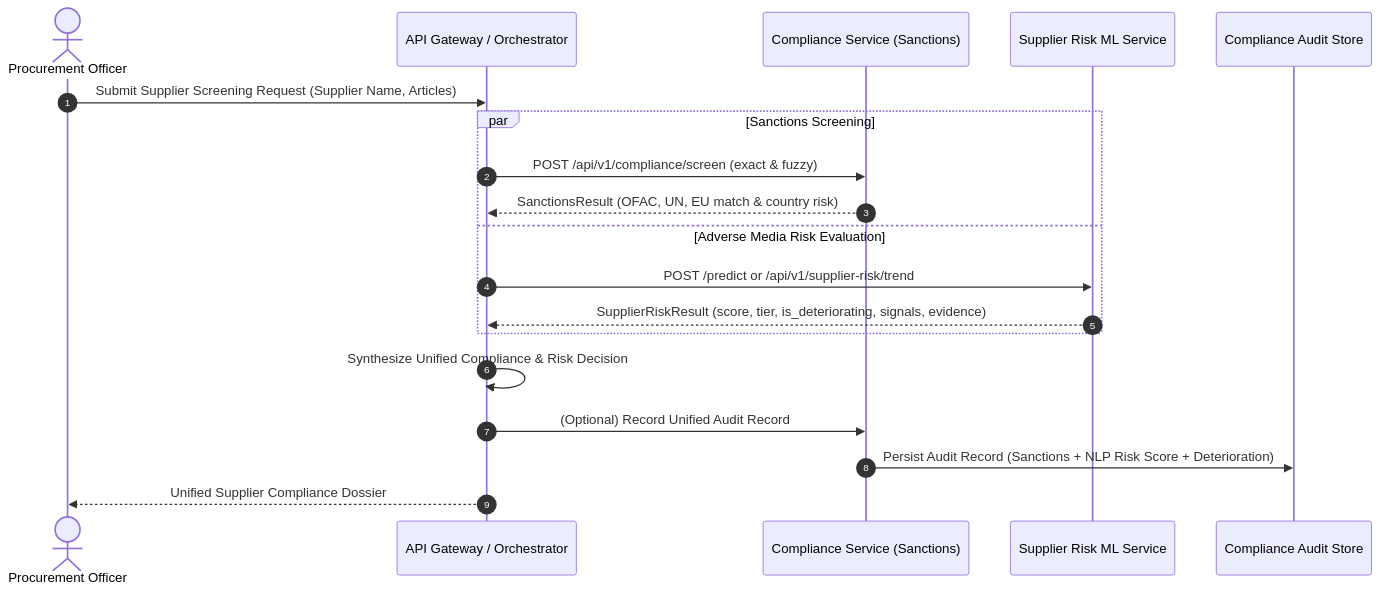
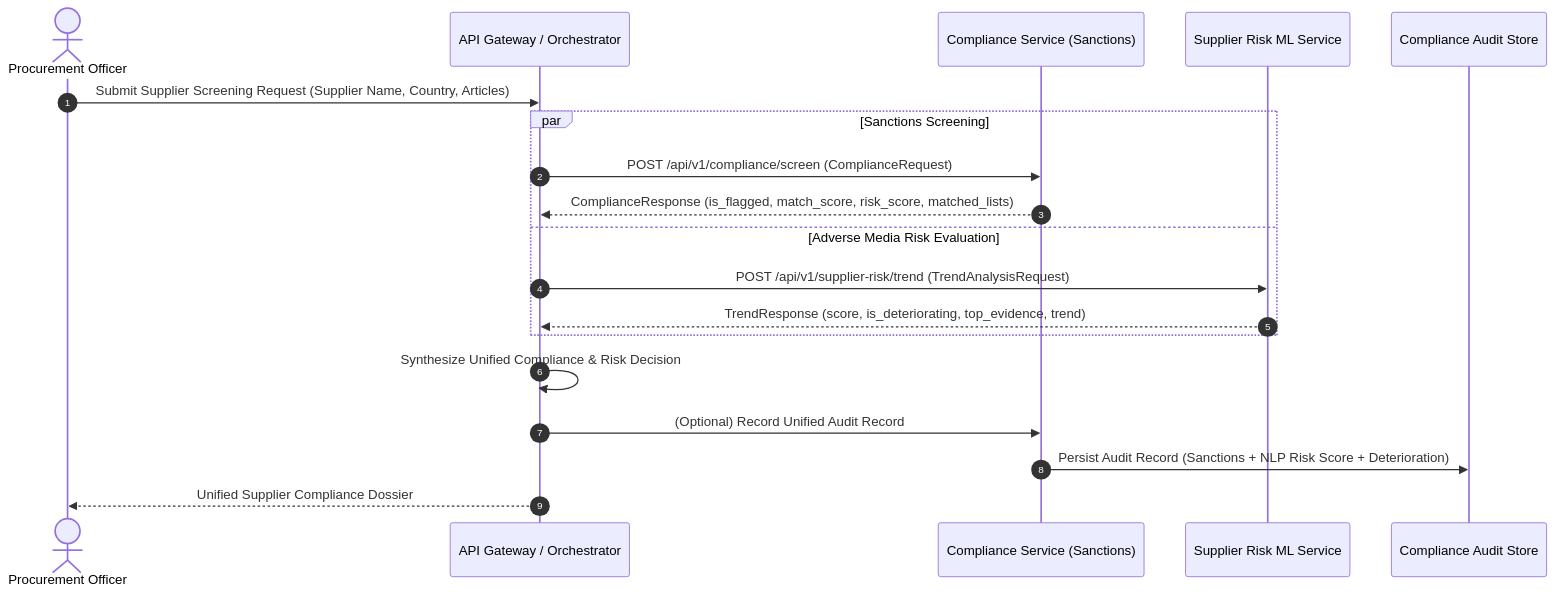
Before and after one commit to yaswanthtechie/eaicsp-platform: the diagram in ml-services/supplier-risk/COMPLIANCE_INTEGRATION_CONTRACT.md, drawn with Mermaid. The commit also changed other lines of this file and 7 other files, not shown here.

Commit message:
feat(supplier-risk): complete round 9 trend and validation hardening

````diff
--- a/ml-services/supplier-risk/COMPLIANCE_INTEGRATION_CONTRACT.md
+++ b/ml-services/supplier-risk/COMPLIANCE_INTEGRATION_CONTRACT.md
@@ -42,24 +49,24 @@
 ```mermaid
 sequenceDiagram
     autonumber
     actor Procurement as Procurement Officer
     participant Gateway as API Gateway / Orchestrator
     participant Compliance as Compliance Service (Sanctions)
     participant SupplierRisk as Supplier Risk ML Service
     participant AuditDB as Compliance Audit Store
 
-    Procurement->>Gateway: Submit Supplier Screening Request (Supplier Name, Articles)
+    Procurement->>Gateway: Submit Supplier Screening Request (Supplier Name, Country, Articles)
     
     par Sanctions Screening
-        Gateway->>Compliance: POST /api/v1/compliance/screen (exact & fuzzy)
-        Compliance-->>Gateway: SanctionsResult (OFAC, UN, EU match & country risk)
+        Gateway->>Compliance: POST /api/v1/compliance/screen (ComplianceRequest)
+        Compliance-->>Gateway: ComplianceResponse (is_flagged, match_score, risk_score, matched_lists)
     and Adverse Media Risk Evaluation
-        Gateway->>SupplierRisk: POST /predict or /api/v1/supplier-risk/trend
-        SupplierRisk-->>Gateway: SupplierRiskResult (score, tier, is_deteriorating, signals, evidence)
+        Gateway->>SupplierRisk: POST /api/v1/supplier-risk/trend (TrendAnalysisRequest)
+        SupplierRisk-->>Gateway: TrendResponse (score, is_deteriorating, top_evidence, trend)
     end
 
     Gateway->>Gateway: Synthesize Unified Compliance & Risk Decision
     Gateway->>Compliance: (Optional) Record Unified Audit Record
     Compliance->>AuditDB: Persist Audit Record (Sanctions + NLP Risk Score + Deterioration)
     Gateway-->>Procurement: Unified Supplier Compliance Dossier
 ```
````
